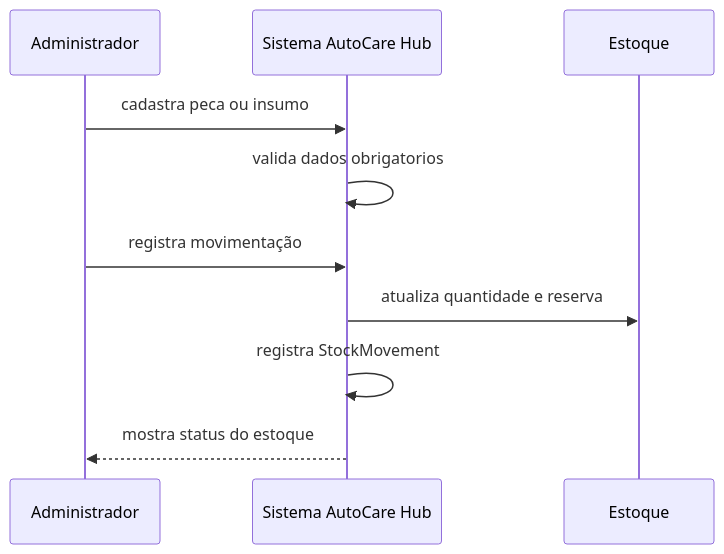
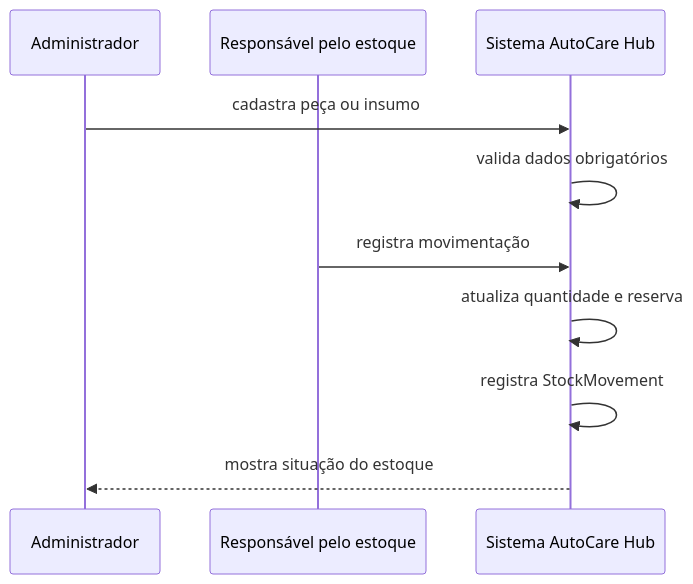
One commit to yxsbx/SOAT-FIAP changed the fourth of 4 diagrams in docs/DOMAIN_STORYTELLING.md. Above: the diagram before and after it, drawn with Mermaid. The commit also changed other lines of this file and 13 other files, not shown here.

````diff
--- a/docs/DOMAIN_STORYTELLING.md
+++ b/docs/DOMAIN_STORYTELLING.md
@@ -196,13 +199,13 @@
 ```mermaid
 sequenceDiagram
     participant Administrador
+    participant Estoque as Responsável pelo estoque
     participant Sistema as Sistema AutoCare Hub
-    participant Estoque
 
-    Administrador->>Sistema: cadastra peca ou insumo
-    Sistema->>Sistema: valida dados obrigatorios
-    Administrador->>Sistema: registra movimentação
-    Sistema->>Estoque: atualiza quantidade e reserva
+    Administrador->>Sistema: cadastra peça ou insumo
+    Sistema->>Sistema: valida dados obrigatórios
+    Estoque->>Sistema: registra movimentação
+    Sistema->>Sistema: atualiza quantidade e reserva
     Sistema->>Sistema: registra StockMovement
-    Sistema-->>Administrador: mostra status do estoque
+    Sistema-->>Administrador: mostra situação do estoque
 ```
````
